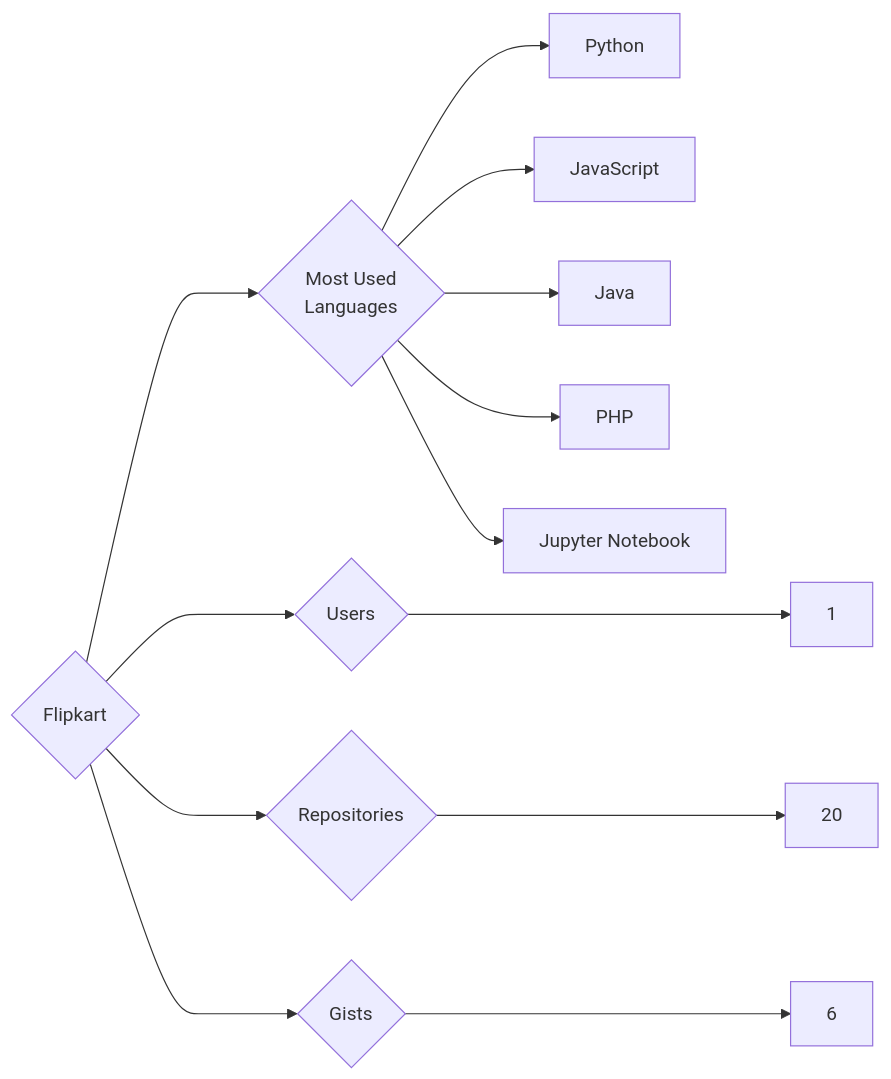
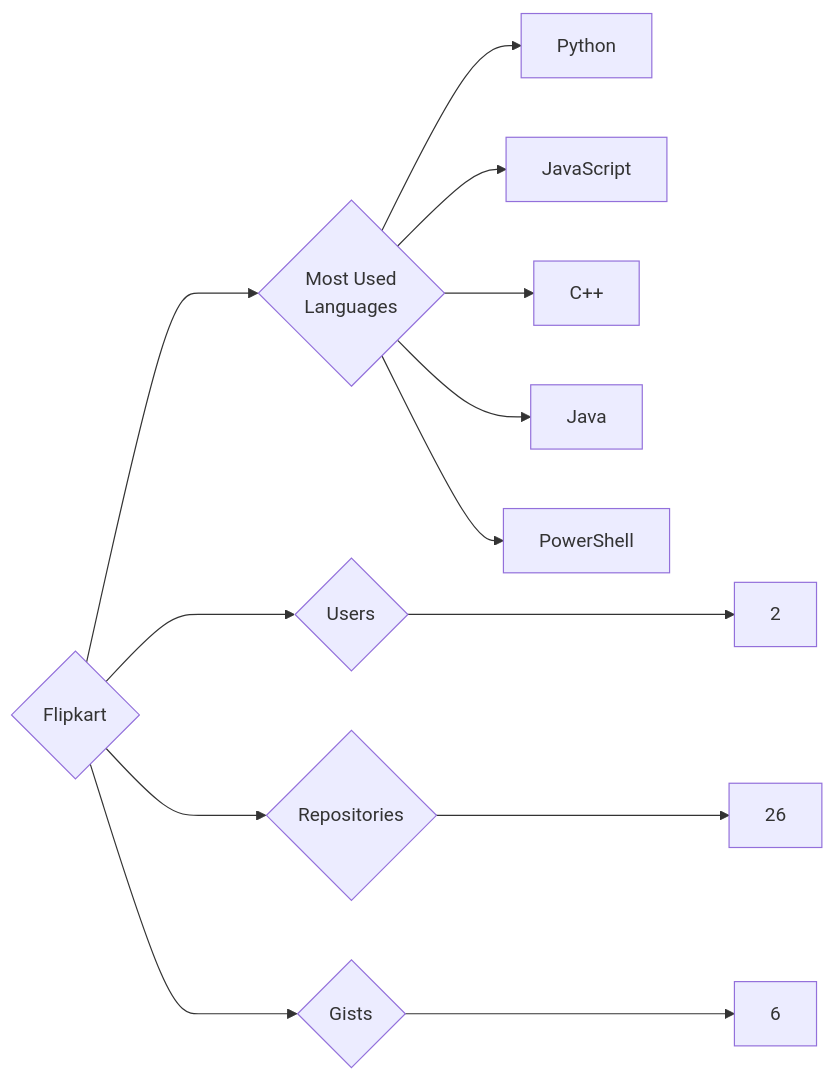
The diagram in targets/Flipkart/README.md (trickest/insiders), drawn with Mermaid before and after one commit. The commit also changed 809 other files, not shown here.

````diff
--- a/targets/Flipkart/README.md
+++ b/targets/Flipkart/README.md
@@ -3,13 +3,13 @@
 ```mermaid
 graph LR
 COMPANY_NAME{Flipkart}
-COMPANY_NAME ---> U{Users} ---> UN[1]
-COMPANY_NAME ---> R{Repositories} ---> RN[20]
+COMPANY_NAME ---> U{Users} ---> UN[2]
+COMPANY_NAME ---> R{Repositories} ---> RN[26]
 COMPANY_NAME ---> G{Gists} ---> GN[6]
 COMPANY_NAME ---> ML{Most Used<br>Languages}
 ML --> Python[Python]
 ML --> JavaScript[JavaScript]
+ML --> C++[C++]
 ML --> Java[Java]
-ML --> PHP[PHP]
-ML --> Jupyter_Notebook[Jupyter Notebook]
+ML --> PowerShell[PowerShell]
 ```
````
